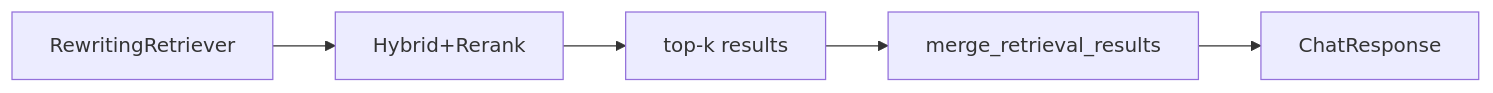
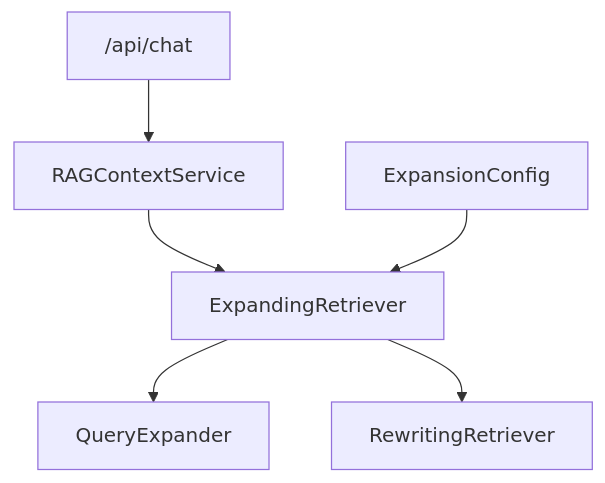
Before and after one commit to ab6539763/70_days_course_plus: the diagram in course/day35/03_架构设计.md, drawn with Mermaid. The commit also changed other lines of this file and 128 other files, not shown here.

First line of the commit message:
fix(course): repair day31-37 diagrams, titles, and missing content

````diff
--- a/course/day35/03_架构设计.md
+++ b/course/day35/03_架构设计.md
@@ -66,7 +5,8 @@
 ```mermaid
-flowchart LR
-    RW[RewritingRetriever] --> HY[Hybrid+Rerank]
-    HY --> RES[top-k results]
-    RES --> CIT[merge_retrieval_results]
-    CIT --> CHAT[ChatResponse]
+flowchart TD
+    CHAT["/api/chat"] --> RAG[RAGContextService]
+    RAG --> EXP[ExpandingRetriever]
+    EXP --> X[QueryExpander]
+    EXP --> INN[RewritingRetriever]
+    CFG[ExpansionConfig] --> EXP
 ```
````
